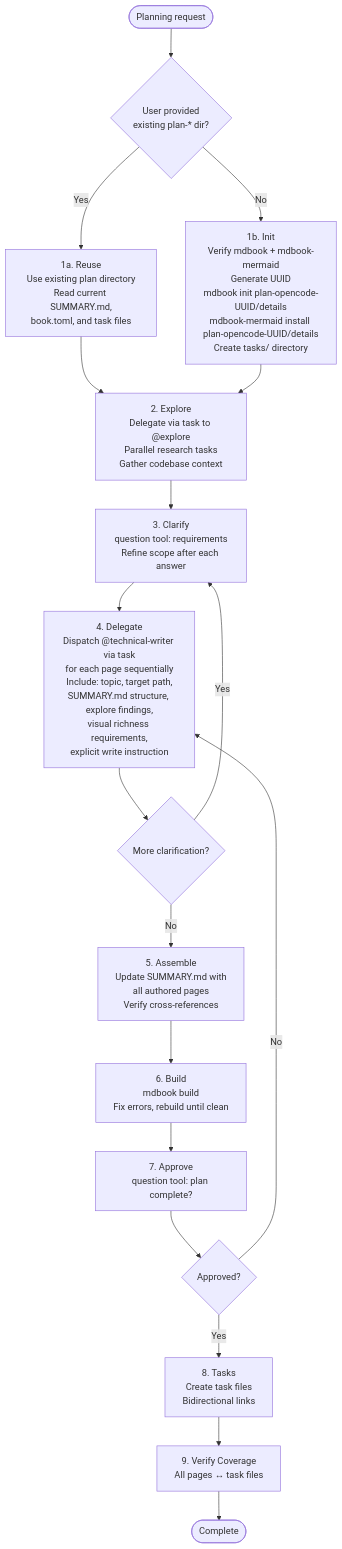
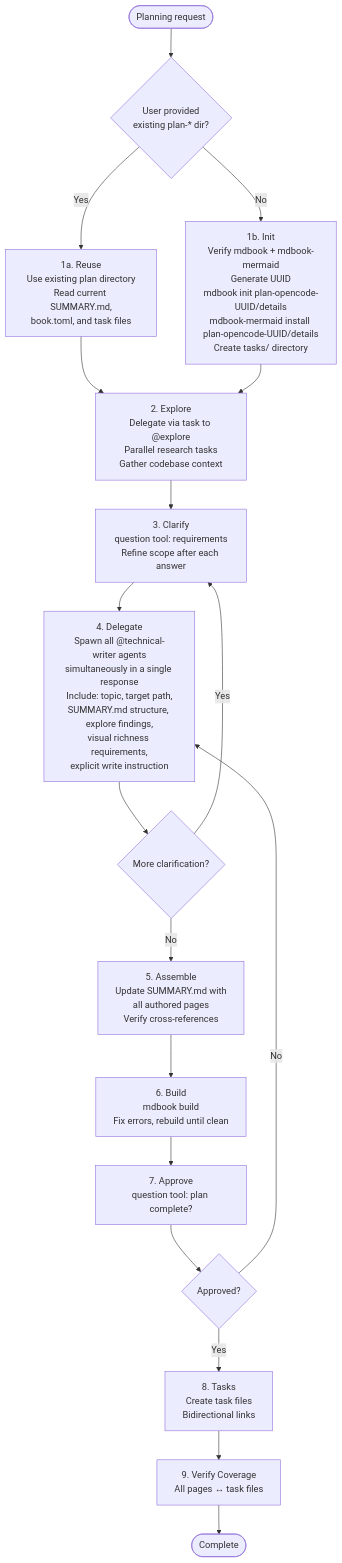
Before and after one commit to juliankahlert/opencode-config: the first of 2 diagrams in pages/src/absurd/plan.md, drawn with Mermaid. The commit also changed other lines of this file and 9 other files, not shown here.

````diff
--- a/pages/src/absurd/plan.md
+++ b/pages/src/absurd/plan.md
@@ -22,35 +22,35 @@
 ```mermaid
 flowchart TD
     START([Planning request]) --> CHECK
 
     CHECK{User provided<br/>existing plan-* dir?}
     CHECK -->|Yes| REUSE["<span>1a.</span> Reuse<br/>Use existing plan directory<br/>Read current SUMMARY.md,<br/>book.toml, and task files"]
     CHECK -->|No| INIT["<span>1b.</span> Init<br/>Verify mdbook + mdbook-mermaid<br/>Generate UUID<br/>mdbook init plan-opencode-UUID/details<br/>mdbook-mermaid install plan-opencode-UUID/details<br/>Create tasks/ directory"]
 
     REUSE --> EXPLORE
     INIT --> EXPLORE
 
     EXPLORE["<span>2.</span> Explore<br/>Delegate via task to @explore<br/>Parallel research tasks<br/>Gather codebase context"]
 
     EXPLORE --> CLARIFY["<span>3.</span> Clarify<br/>question tool: requirements<br/>Refine scope after each answer"]
 
-    CLARIFY --> DELEGATE["<span>4.</span> Delegate<br/>Dispatch @technical-writer via task<br/>for each page sequentially<br/>Include: topic, target path,<br/>SUMMARY.md structure, explore findings,<br/>visual richness requirements,<br/>explicit write instruction"]
+    CLARIFY --> DELEGATE["<span>4.</span> Delegate<br/>Spawn all @technical-writer agents<br/>simultaneously in a single response<br/>Include: topic, target path,<br/>SUMMARY.md structure, explore findings,<br/>visual richness requirements,<br/>explicit write instruction"]
 
     DELEGATE --> MORE{More clarification?}
     MORE -->|Yes| CLARIFY
     MORE -->|No| ASSEMBLE
 
     ASSEMBLE["<span>5.</span> Assemble<br/>Update SUMMARY.md with<br/>all authored pages<br/>Verify cross-references"]
 
     ASSEMBLE --> BUILD["<span>6.</span> Build<br/>mdbook build<br/>Fix errors, rebuild until clean"]
 
     BUILD --> APPROVE["<span>7.</span> Approve<br/>question tool: plan complete?"]
     APPROVE --> APPROVED{Approved?}
     APPROVED -->|No| DELEGATE
     APPROVED -->|Yes| TASKS
 
     TASKS["<span>8.</span> Tasks<br/>Create task files<br/>Bidirectional links"]
 
     TASKS --> VERIFY["<span>9.</span> Verify Coverage<br/>All pages ↔ task files"]
     VERIFY --> DONE([Complete])
 ```
````
